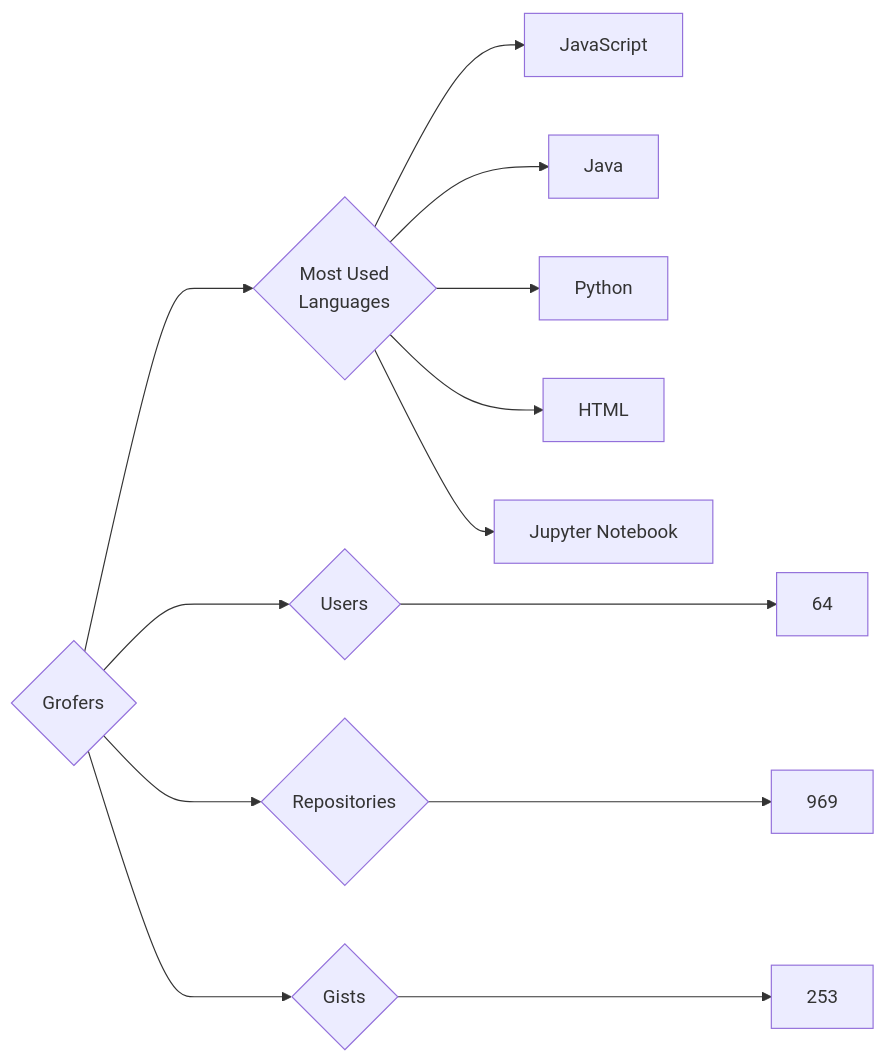
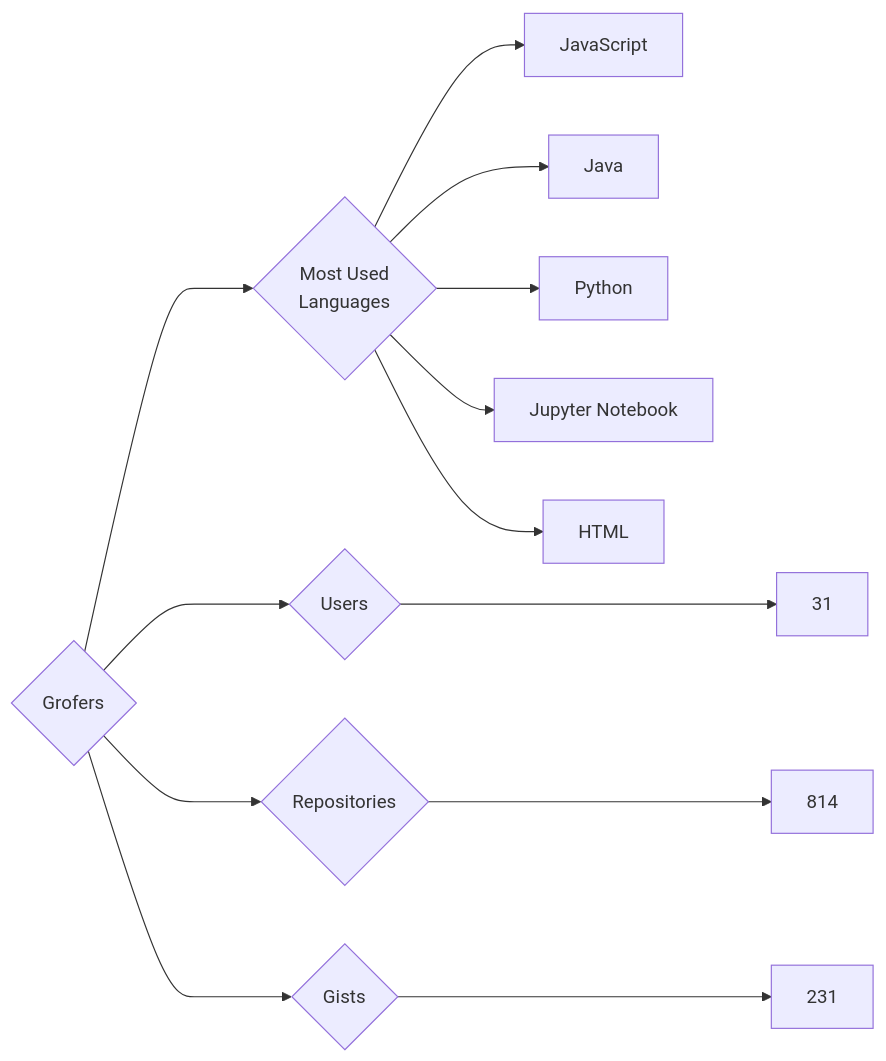
Before and after one commit to trickest/insiders: the diagram in targets/Grofers/README.md, drawn with Mermaid. The commit also changed 847 other files, not shown here.

````diff
--- a/targets/Grofers/README.md
+++ b/targets/Grofers/README.md
@@ -3,13 +3,13 @@
 ```mermaid
 graph LR
 COMPANY_NAME{Grofers}
-COMPANY_NAME ---> U{Users} ---> UN[64]
-COMPANY_NAME ---> R{Repositories} ---> RN[969]
-COMPANY_NAME ---> G{Gists} ---> GN[253]
+COMPANY_NAME ---> U{Users} ---> UN[31]
+COMPANY_NAME ---> R{Repositories} ---> RN[814]
+COMPANY_NAME ---> G{Gists} ---> GN[231]
 COMPANY_NAME ---> ML{Most Used<br>Languages}
 ML --> JavaScript[JavaScript]
 ML --> Java[Java]
 ML --> Python[Python]
+ML --> Jupyter_Notebook[Jupyter Notebook]
 ML --> HTML[HTML]
-ML --> Jupyter_Notebook[Jupyter Notebook]
 ```
````
